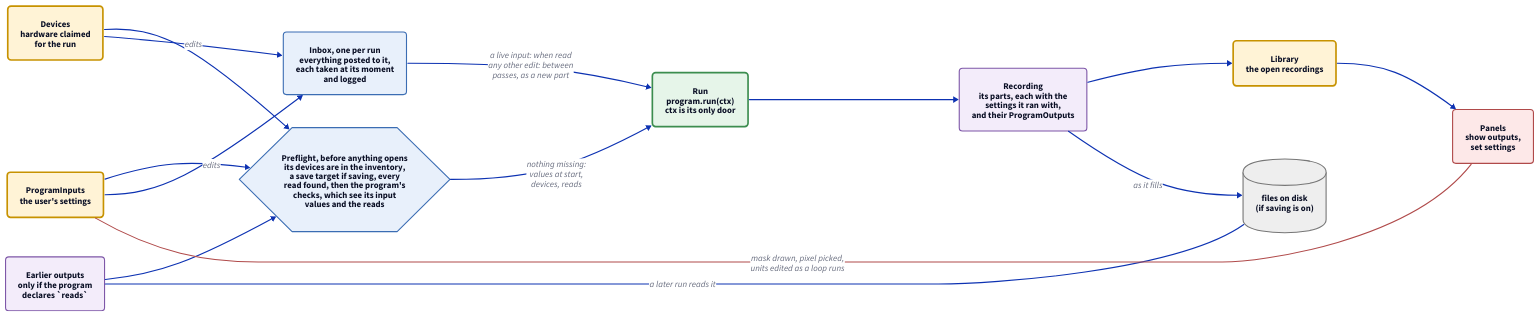
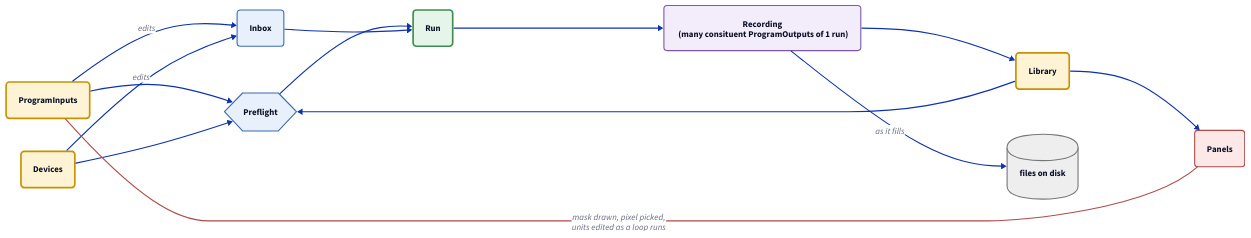
Before and after one commit to FishyIshyFishy/pyrpoc: the diagram in docs/diagrams/core.d2, drawn with D2. The commit also changed 138 other files, not shown here.

```diff
--- a/docs/diagrams/core.d2
+++ b/docs/diagrams/core.d2
@@ -1,43 +1,41 @@
 # Board 1 of 2: what flows into a program and what comes out. See nouns.d2 for the nouns.
 direction: right
 
 classes: {
   coll: {style: {fill: "#fff3d6"; stroke: "#c79200"; stroke-width: 3; border-radius: 6}}
   prog: {style: {fill: "#e6f5e9"; stroke: "#3c8d4f"; stroke-width: 3; border-radius: 6}}
   inbox: {style: {fill: "#e8f0fb"; stroke: "#3b6db3"; stroke-width: 2; border-radius: 6}}
   val: {style: {fill: "#f3ecfa"; stroke: "#7e57a8"; border-radius: 6}}
   view: {style: {fill: "#fde8e8"; stroke: "#b04a4a"; border-radius: 6}}
   disk: {shape: cylinder; style: {fill: "#eeeeee"; stroke: "#777777"}}
   check: {shape: hexagon; style: {fill: "#e8f0fb"; stroke: "#3b6db3"}}
 }
 
-settings: "ProgramInputs\nthe user's settings" {class: coll}
-devices: "Devices\nhardware claimed\nfor the run" {class: coll}
-earlier: "Earlier outputs\nonly if the program\ndeclares `reads`" {class: val}
+settings: "ProgramInputs" {class: coll}
+devices: "Devices" {class: coll}
 
-inbox: "Inbox, one per run\neverything posted to it,\neach taken at its moment\nand logged" {class: inbox}
+inbox: "Inbox" {class: inbox}
 
-preflight: "Preflight, before anything opens\nits devices are in the inventory,\na save target if saving, every\nread found, then the program's\nchecks, which see its input\nvalues and the reads" {class: check}
+preflight: "Preflight" {class: check}
 
-run: "Run\nprogram.run(ctx)\nctx is its only door" {class: prog}
+run: "Run" {class: prog}
 
-recording: "Recording\nits parts, each with the\nsettings it ran with,\nand their ProgramOutputs" {class: val}
-library: "Library\nthe open recordings" {class: coll}
-files: "files on disk\n(if saving is on)" {class: disk}
-panels: "Panels\nshow outputs,\nset settings" {class: view}
+recording: "Recording\n (many consituent ProgramOutputs of 1 run)" {class: val}
+library: "Library" {class: coll}
+files: "files on disk" {class: disk}
+panels: "Panels" {class: view}
 
 settings -> preflight
 devices -> preflight
-earlier -> preflight
-preflight -> run: "nothing missing:\nvalues at start,\ndevices, reads"
+library -> preflight
+preflight -> run
 
 settings -> inbox: "edits"
 devices -> inbox: "edits"
-inbox -> run: "a live input: when read\nany other edit: between\npasses, as a new part"
+inbox -> run
 
 run -> recording
 recording -> library
 recording -> files: "as it fills"
-earlier -- files: "a later run reads it" {source-arrowhead.shape: triangle}
 library -> panels
 settings -- panels: "mask drawn, pixel picked,\nunits edited as a loop runs" {source-arrowhead.shape: triangle; style.stroke: "#b04a4a"}
```
